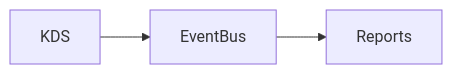
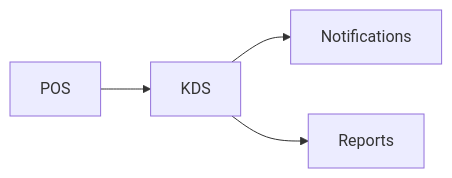
The diagram in ModulesDoc/KDS.md (sameheg/cafeos), drawn with Mermaid before and after one commit. The commit also changed other lines of this file and 21 other files, not shown here.

````diff
--- a/ModulesDoc/KDS.md
+++ b/ModulesDoc/KDS.md
@@ -16,5 +17,6 @@
 ```mermaid
 flowchart LR
-  A[KDS] --> B[EventBus]
-  B --> C[Reports]
+  POS --> KDS
+  KDS --> Notifications
+  KDS --> Reports
 ```
````
